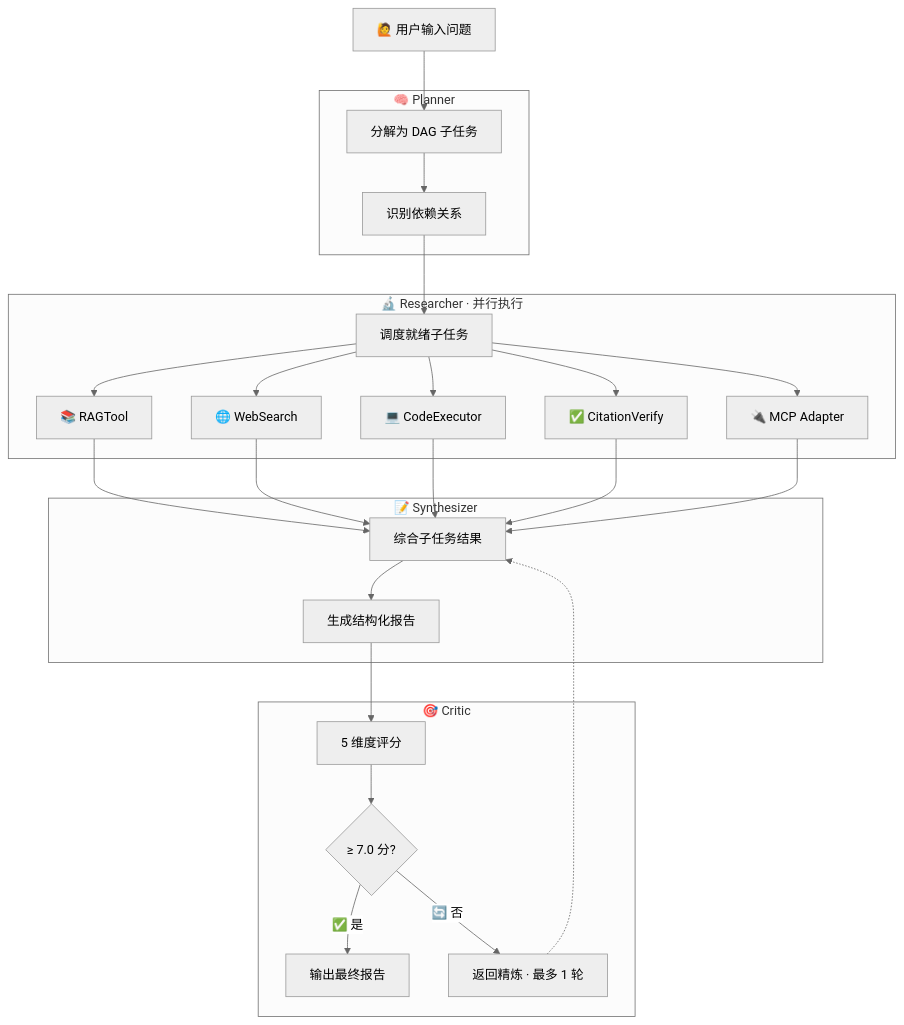
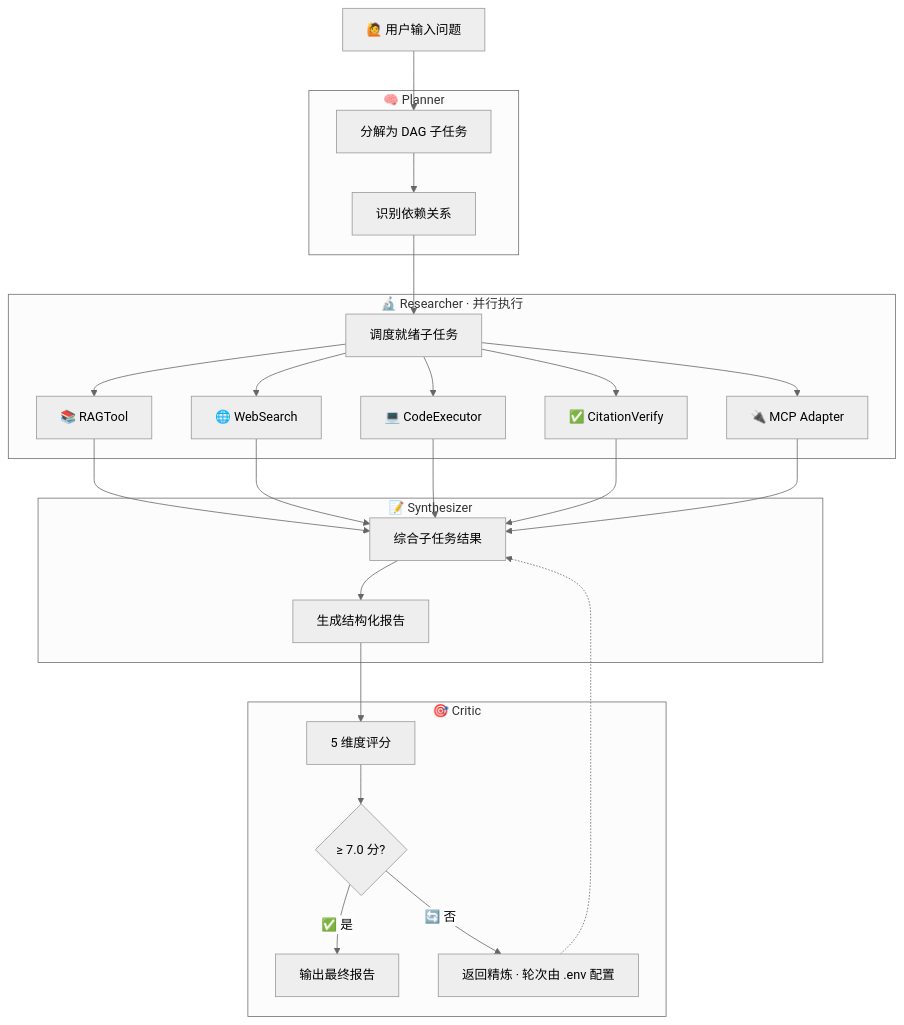
One commit to blankbrains/MindForge changed the diagram in README.md. Above: the diagram before and after it, drawn with Mermaid (neutral theme). The commit also changed other lines of this file and 85 other files, not shown here.

````diff
--- a/README.md
+++ b/README.md
@@ -36,36 +36,36 @@
 ```mermaid
 flowchart TD
     A[🙋 用户输入问题] --> B1
     subgraph B[🧠 Planner]
         B1[分解为 DAG 子任务] --> B2[识别依赖关系]
     end
     B2 --> C0
     subgraph C[🔬 Researcher · 并行执行]
         C0[调度就绪子任务]
         C1[📚 RAGTool]
         C2[🌐 WebSearch]
         C3[💻 CodeExecutor]
         C4[✅ CitationVerify]
         C5[🔌 MCP Adapter]
     end
     C0 --> C1
     C0 --> C2
     C0 --> C3
     C0 --> C4
     C0 --> C5
     C1 --> D1
     C2 --> D1
     C3 --> D1
     C4 --> D1
     C5 --> D1
     subgraph D[📝 Synthesizer]
         D1[综合子任务结果] --> D2[生成结构化报告]
     end
     D2 --> E1
     subgraph E[🎯 Critic]
         E1[5 维度评分] --> E2{"≥ 7.0 分?"}
         E2 -- ✅ 是 --> E3[输出最终报告]
-        E2 -- 🔄 否 --> E4[返回精炼 · 最多 1 轮]
+        E2 -- 🔄 否 --> E4[返回精炼 · 轮次由 .env 配置]
     end
     E4 -.-> D1
 ```
````
